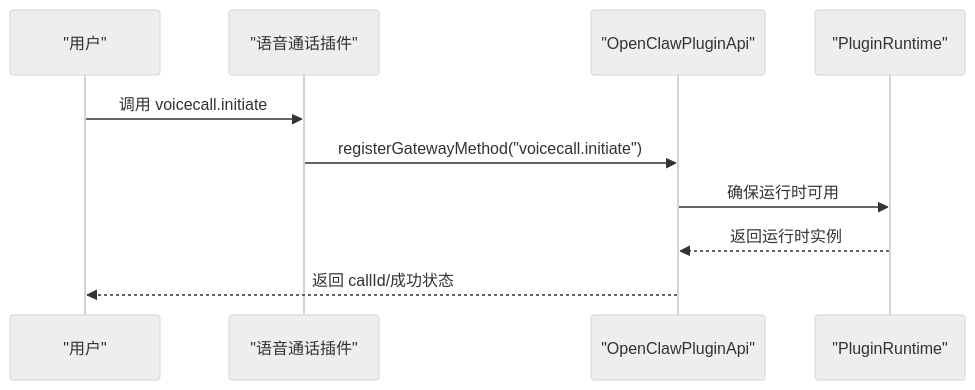
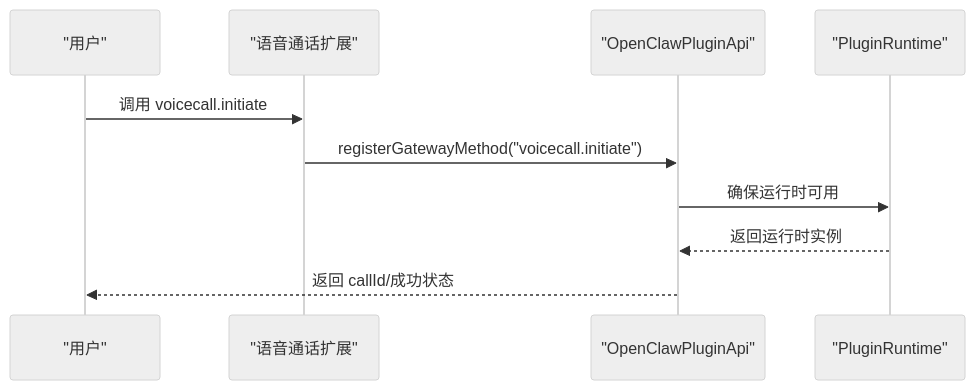
Before and after one commit to verse-ai-org/openclaw: the seventh of 9 diagrams in .qoder/repowiki/zh/content/插件系统/插件系统.md, drawn with Mermaid (neutral theme). The commit also changed other lines of this file and 9 other files, not shown here.

````diff
--- a/.qoder/repowiki/zh/content/插件系统/插件系统.md
+++ b/.qoder/repowiki/zh/content/插件系统/插件系统.md
@@ -273,12 +796,12 @@
 ```mermaid
 sequenceDiagram
 participant User as "用户"
-participant Plugin as "语音通话插件"
+participant Plugin as "语音通话扩展"
 participant API as "OpenClawPluginApi"
 participant RT as "PluginRuntime"
 User->>Plugin : 调用 voicecall.initiate
 Plugin->>API : registerGatewayMethod("voicecall.initiate")
 API->>RT : 确保运行时可用
 RT-->>API : 返回运行时实例
 API-->>User : 返回 callId/成功状态
 ```
````
